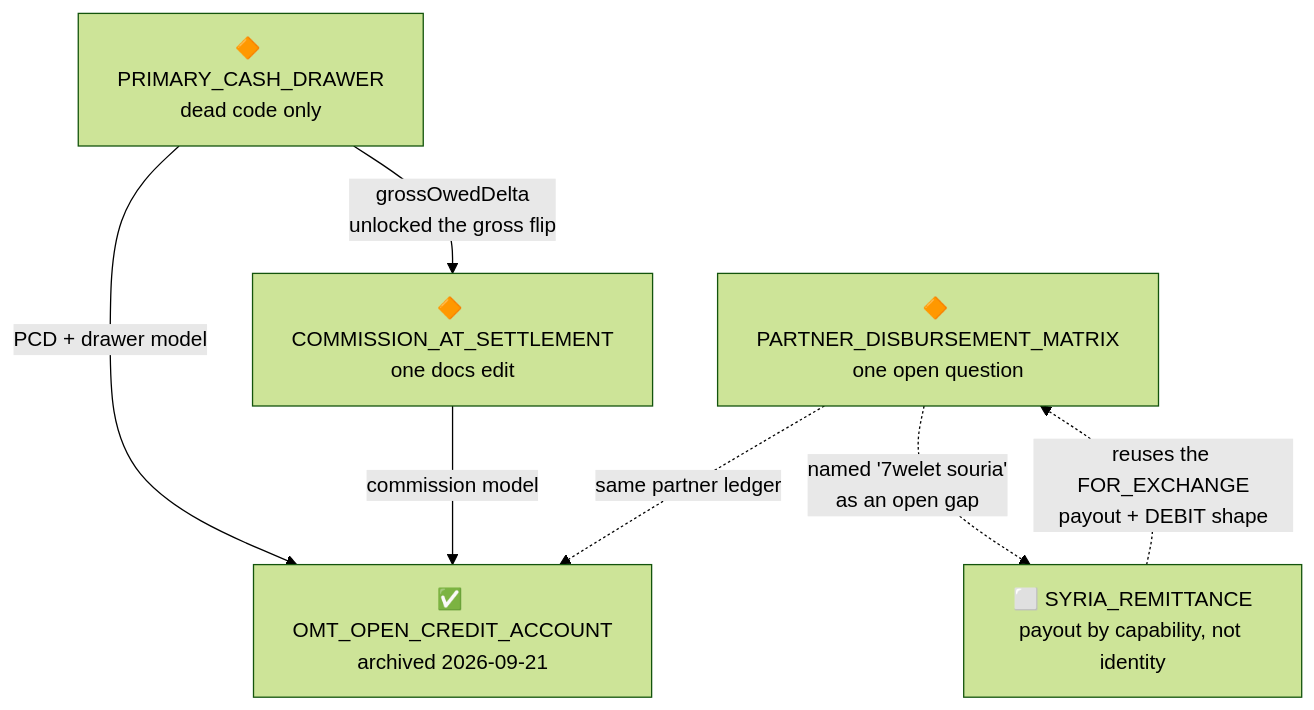
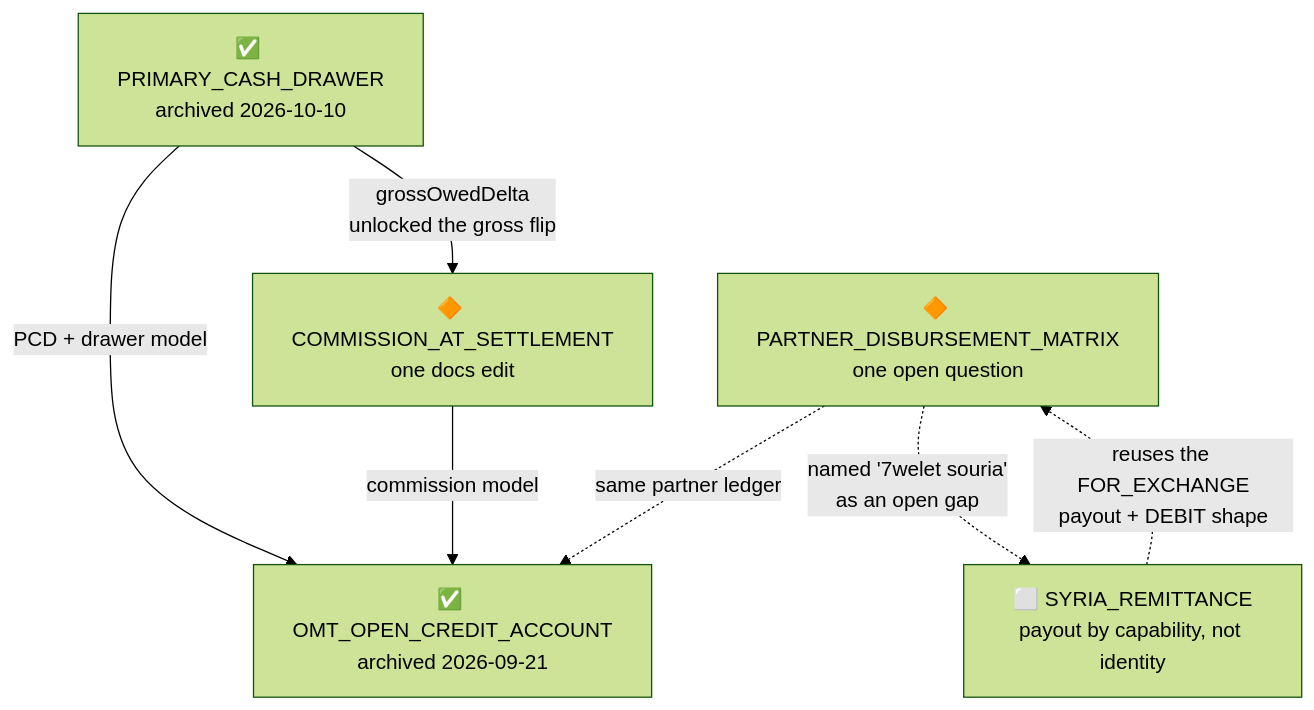
Before and after one commit to amirelhalabi/Liratek: the first of 4 diagrams in docs/plans/ongoing_plans/PLAN_OVERVIEW.md, drawn with Mermaid (forest theme). The commit also changed other lines of this file and 11 other files, not shown here.

````diff
--- a/docs/plans/ongoing_plans/PLAN_OVERVIEW.md
+++ b/docs/plans/ongoing_plans/PLAN_OVERVIEW.md
@@ -229,15 +221,15 @@
 ```mermaid
 graph TD
-  PCD["🔶 PRIMARY_CASH_DRAWER<br/>dead code only"]
+  PCD["✅ PRIMARY_CASH_DRAWER<br/>archived 2026-10-10"]
   CAS["🔶 COMMISSION_AT_SETTLEMENT<br/>one docs edit"]
   OMT["✅ OMT_OPEN_CREDIT_ACCOUNT<br/>archived 2026-09-21"]
   PDM["🔶 PARTNER_DISBURSEMENT_MATRIX<br/>one open question"]
   SYR["⬜ SYRIA_REMITTANCE<br/>payout by capability, not identity"]
 
   PCD -->|"grossOwedDelta<br/>unlocked the gross flip"| CAS
   PCD -->|"PCD + drawer model"| OMT
   CAS -->|"commission model"| OMT
   PDM -.->|"same partner ledger"| OMT
   PDM -.->|"named '7welet souria'<br/>as an open gap"| SYR
   SYR -.->|"reuses the FOR_EXCHANGE<br/>payout + DEBIT shape"| PDM
 ```
````
